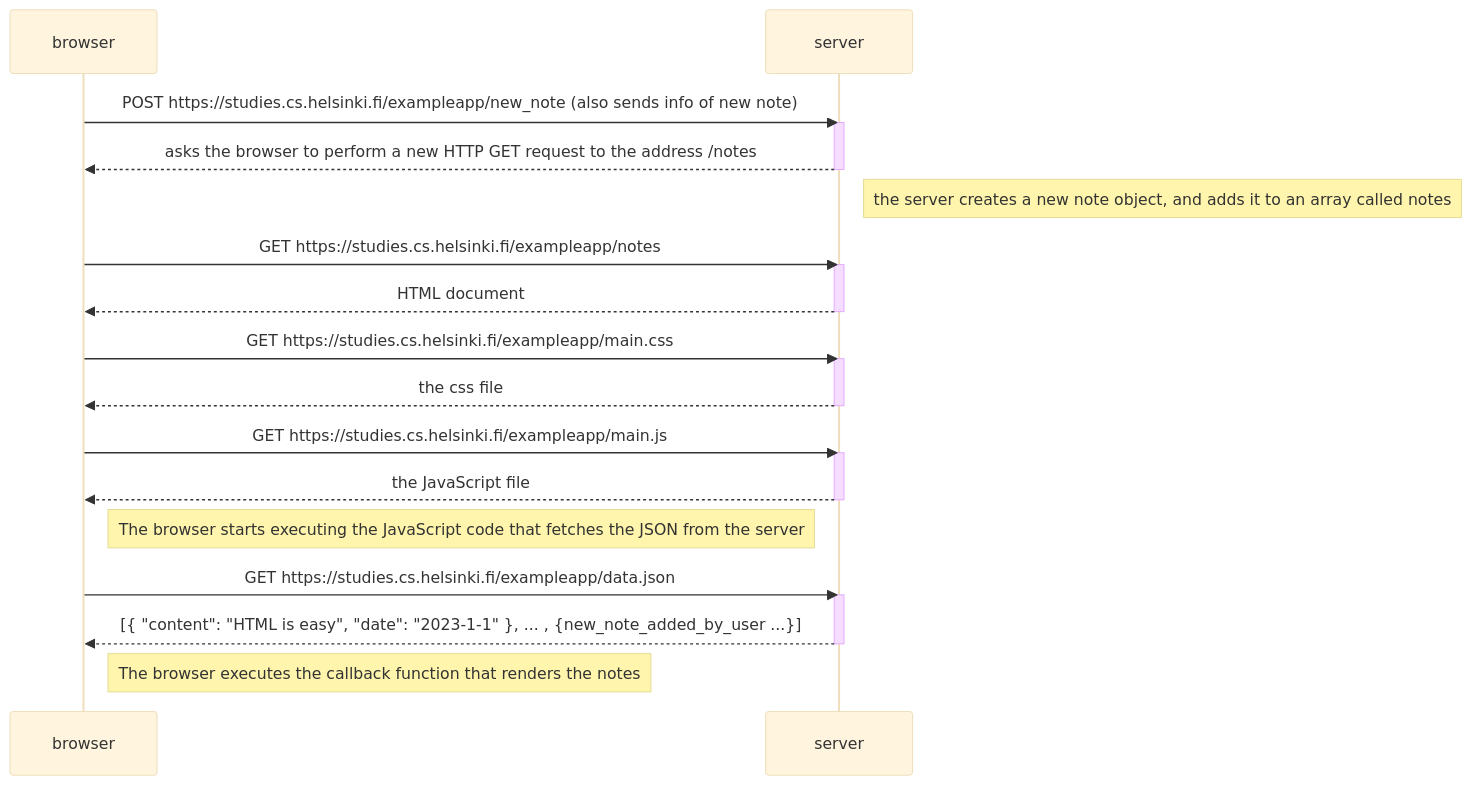
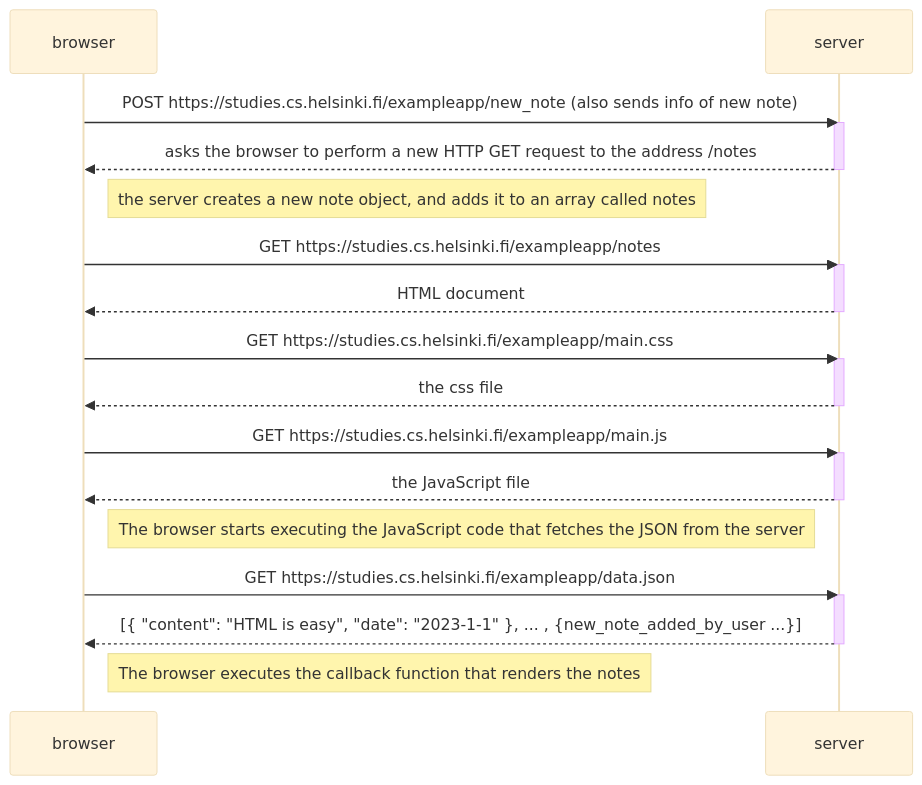
Before and after one commit to OogaryoO/Fullstack-Open: the diagram in part0/exercise_0-4.md, drawn with Mermaid (base theme).

Commit message:
Update exercise_0-4.md
adjust position

````diff
--- a/part0/exercise_0-4.md
+++ b/part0/exercise_0-4.md
@@ -1,37 +1,37 @@
 ```mermaid
 
 sequenceDiagram
     participant browser
     participant server
 
     browser->>server: POST https://studies.cs.helsinki.fi/exampleapp/new_note (also sends info of new note)
     activate server
     server-->>browser: asks the browser to perform a new HTTP GET request to the address /notes
     deactivate server
 
-    Note right of server: the server creates a new note object, and adds it to an array called notes
+    Note right of browser: the server creates a new note object, and adds it to an array called notes
 
     browser->>server: GET https://studies.cs.helsinki.fi/exampleapp/notes
     activate server
     server-->>browser: HTML document
     deactivate server
 
     browser->>server: GET https://studies.cs.helsinki.fi/exampleapp/main.css
     activate server
     server-->>browser: the css file
     deactivate server
 
     browser->>server: GET https://studies.cs.helsinki.fi/exampleapp/main.js
     activate server
     server-->>browser: the JavaScript file
     deactivate server
 
     Note right of browser: The browser starts executing the JavaScript code that fetches the JSON from the server
 
     browser->>server: GET https://studies.cs.helsinki.fi/exampleapp/data.json
     activate server
     server-->>browser: [{ "content": "HTML is easy", "date": "2023-1-1" }, ... , {new_note_added_by_user ...}]
     deactivate server
 
     Note right of browser: The browser executes the callback function that renders the notes
 ```
````
